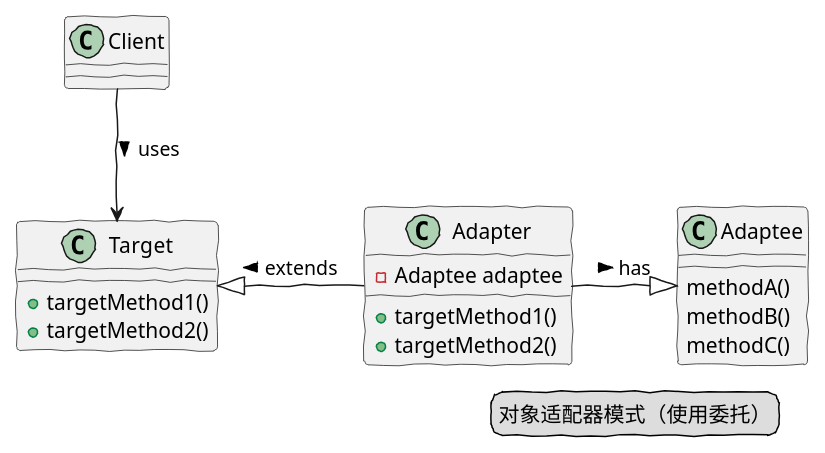
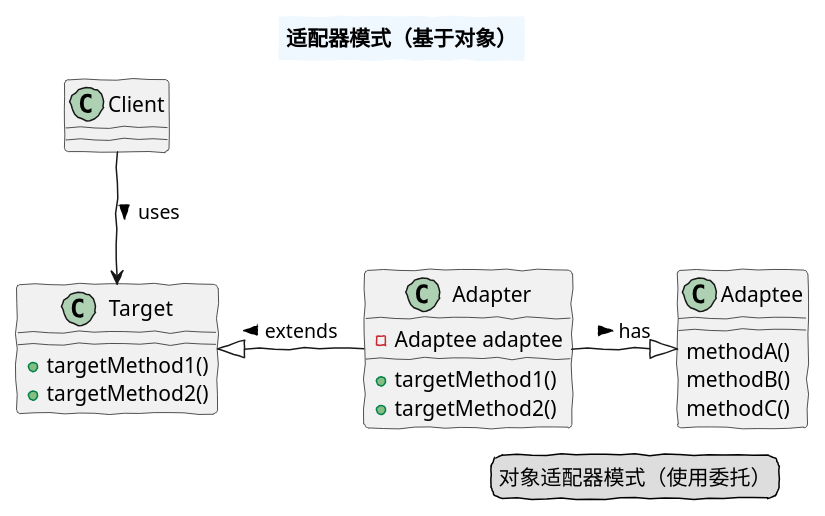
The diagram in src/main/resources/02_Adapter_object.puml (zhangzhaolin/desin_mode_diagram), drawn with PlantUML before and after one commit. The commit also changed 5 other files, not shown here.

Commit message:
add PlantUML

```diff
--- a/src/main/resources/02_Adapter_object.puml
+++ b/src/main/resources/02_Adapter_object.puml
@@ -1,32 +1,39 @@
 @startuml
 
 skinparam handwritten true
+skinparam titleBorderThickness 2
+skinparam titleBackgroundColor AliceBlue
+
+title
+    适配器模式（基于对象）
+end title
+
 
 Client --> Target : uses >
 
 class Target{
     + targetMethod1()
     + targetMethod2()
 }
 
 class Adapter{
     - Adaptee adaptee
     + targetMethod1()
     + targetMethod2()
 }
 
 class Adaptee{
     methodA()
     methodB()
     methodC()
 }
 
 Adapter -left-|> Target : > extends
 
 Adapter -right-|> Adaptee : > has
 
 legend right
     对象适配器模式（使用委托）
 endlegend
 
 @enduml
```
